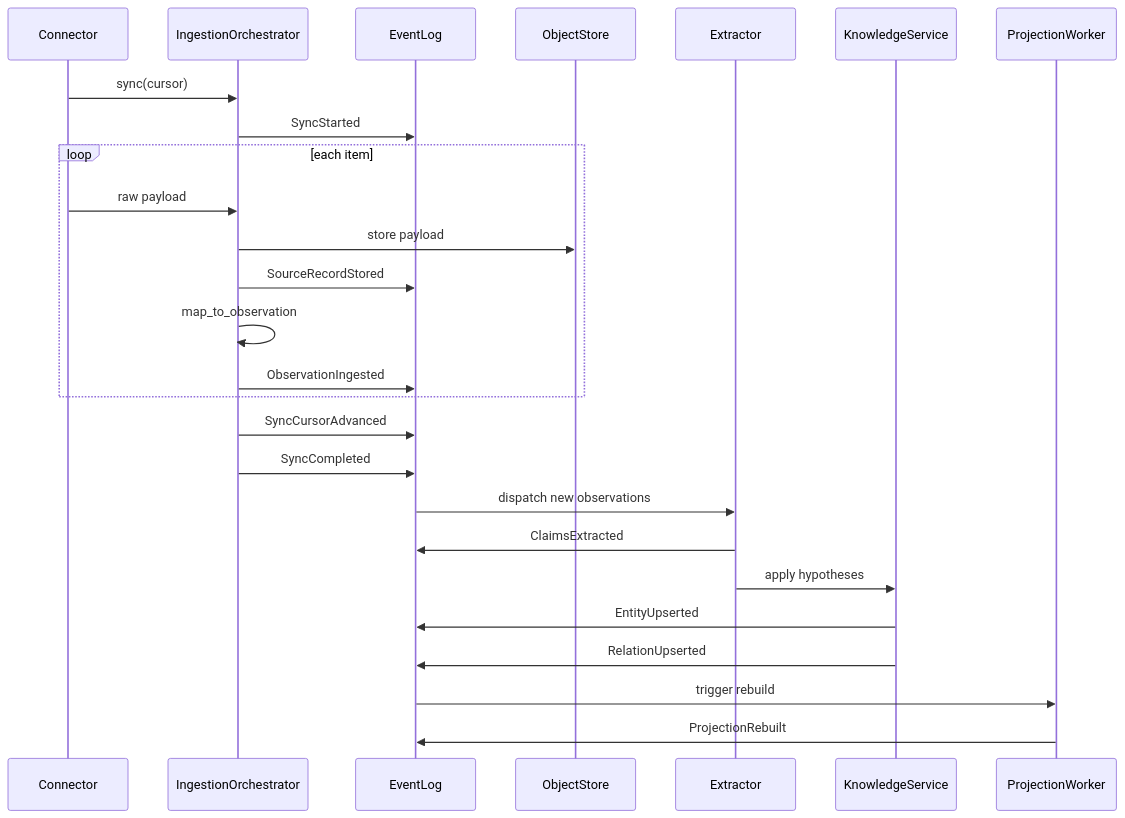
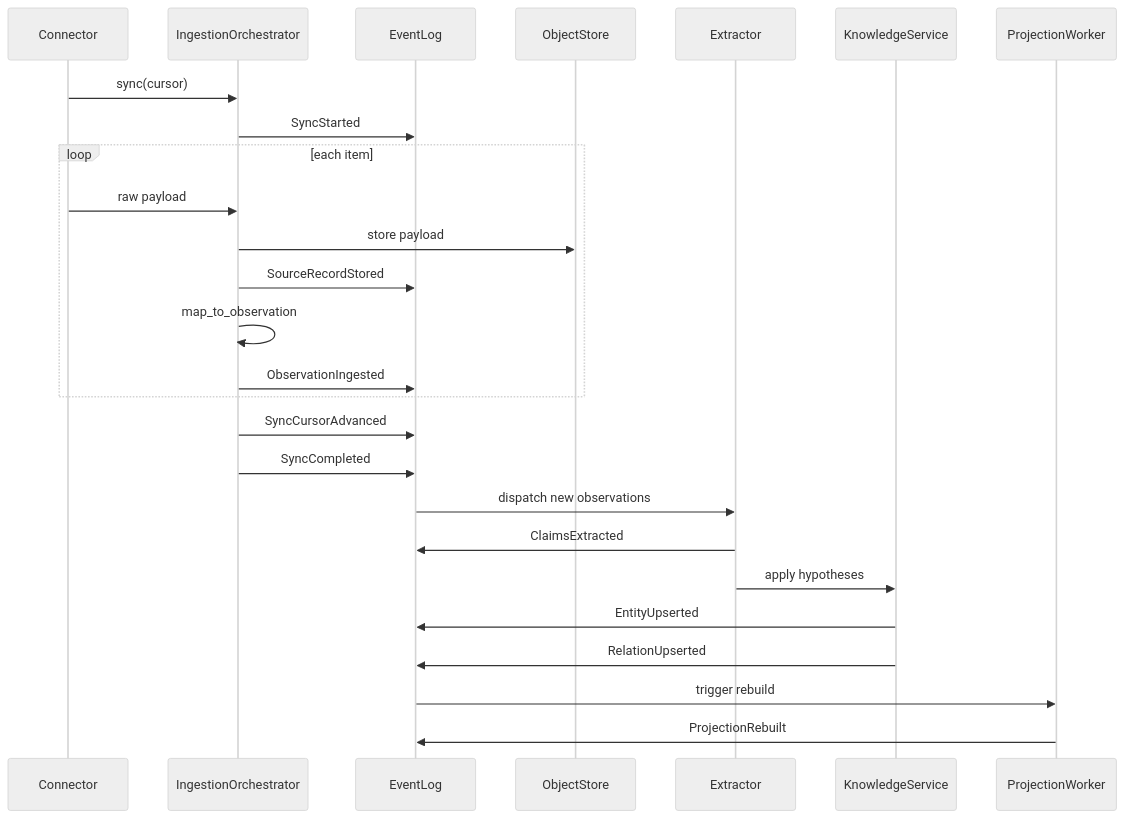
The diagram in docs/event-model.md (jumpei999/zenchi-zenno), drawn with Mermaid before and after one commit. The commit also changed 3 other files, not shown here.

First line of the commit message:
docs: set Mermaid diagrams to neutral theme

````diff
--- a/docs/event-model.md
+++ b/docs/event-model.md
@@ -91,29 +91,30 @@
 ```mermaid
+%%{init: {"theme": "neutral"}}%%
 sequenceDiagram
   participant C as Connector
   participant I as IngestionOrchestrator
   participant L as EventLog
   participant O as ObjectStore
   participant X as Extractor
   participant K as KnowledgeService
   participant P as ProjectionWorker
 
   C->>I: sync(cursor)
   I->>L: SyncStarted
   loop each item
     C->>I: raw payload
     I->>O: store payload
     I->>L: SourceRecordStored
     I->>I: map_to_observation
     I->>L: ObservationIngested
   end
   I->>L: SyncCursorAdvanced
   I->>L: SyncCompleted
   L->>X: dispatch new observations
   X->>L: ClaimsExtracted
   X->>K: apply hypotheses
   K->>L: EntityUpserted
   K->>L: RelationUpserted
   L->>P: trigger rebuild
   P->>L: ProjectionRebuilt
 ```
````
